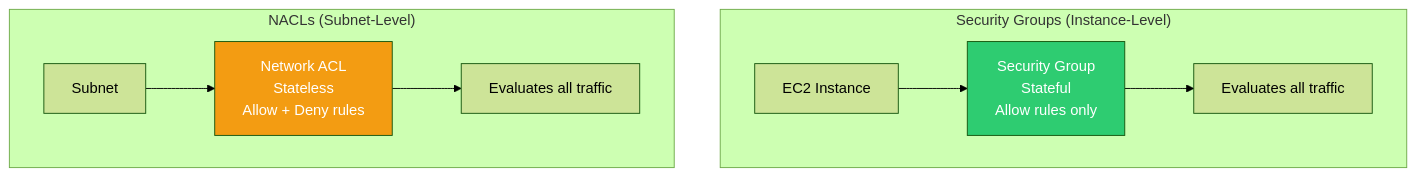
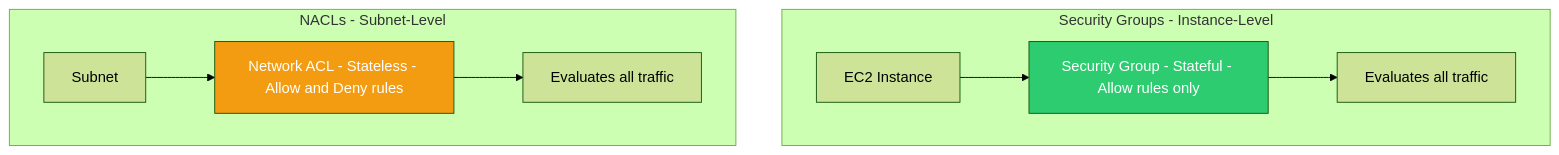
One commit to jtombo45/SeniorEngineerRoadmap changed the sixth of 10 diagrams in Cloud/AWS/AWS-Certifications/AWS-Cloud-Practitioner/README.md. Above: the diagram before and after it, drawn with Mermaid (forest theme). The commit also changed other lines of this file, not shown here.

Commit message:
fixed diagrams for rendering

````diff
--- a/Cloud/AWS/AWS-Certifications/AWS-Cloud-Practitioner/README.md
+++ b/Cloud/AWS/AWS-Certifications/AWS-Cloud-Practitioner/README.md
@@ -381,15 +390,15 @@
 ```mermaid
-graph TB
-    subgraph "Security Groups (Instance-Level)"
-        A[EC2 Instance] --> B[Security Group<br/>Stateful<br/>Allow rules only]
+flowchart TB
+    subgraph SG["Security Groups - Instance-Level"]
+        A[EC2 Instance] --> B[Security Group - Stateful - Allow rules only]
         B --> C[Evaluates all traffic]
     end
     
-    subgraph "NACLs (Subnet-Level)"
-        D[Subnet] --> E[Network ACL<br/>Stateless<br/>Allow + Deny rules]
+    subgraph NACL["NACLs - Subnet-Level"]
+        D[Subnet] --> E[Network ACL - Stateless - Allow and Deny rules]
         E --> F[Evaluates all traffic]
     end
     
     style B fill:#2ECC71,color:#fff
     style E fill:#F39C12,color:#fff
 ```
````
